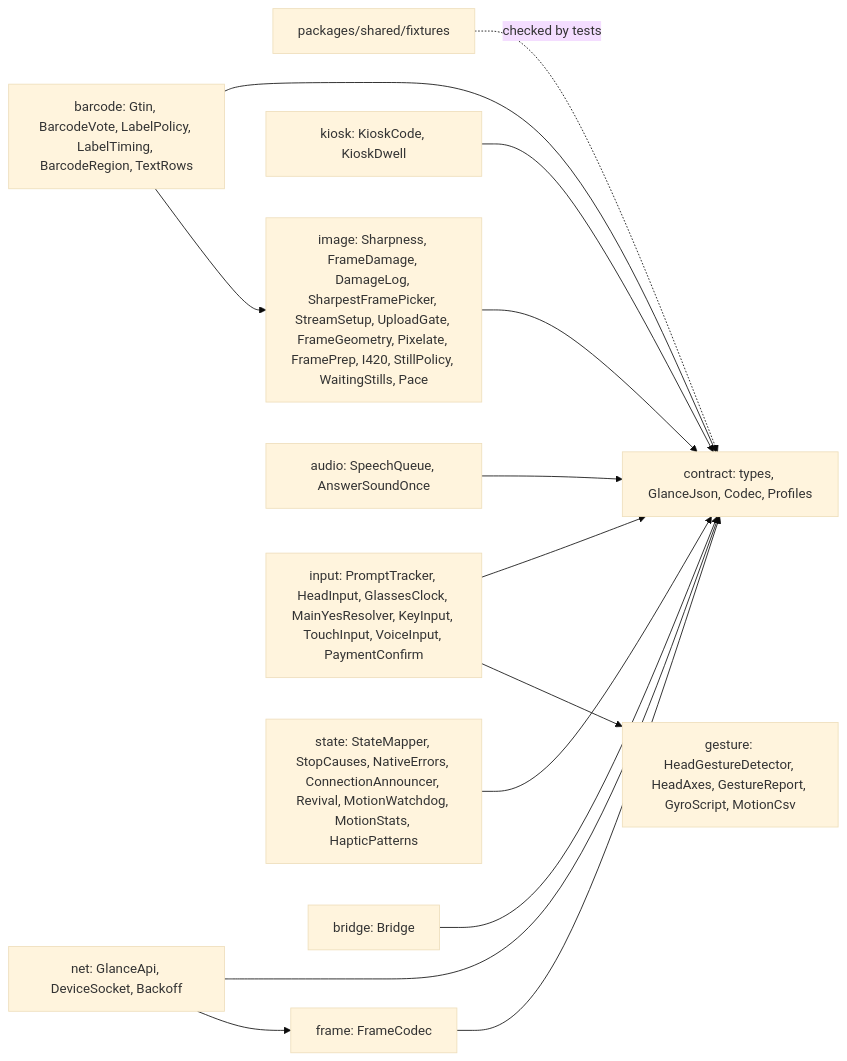
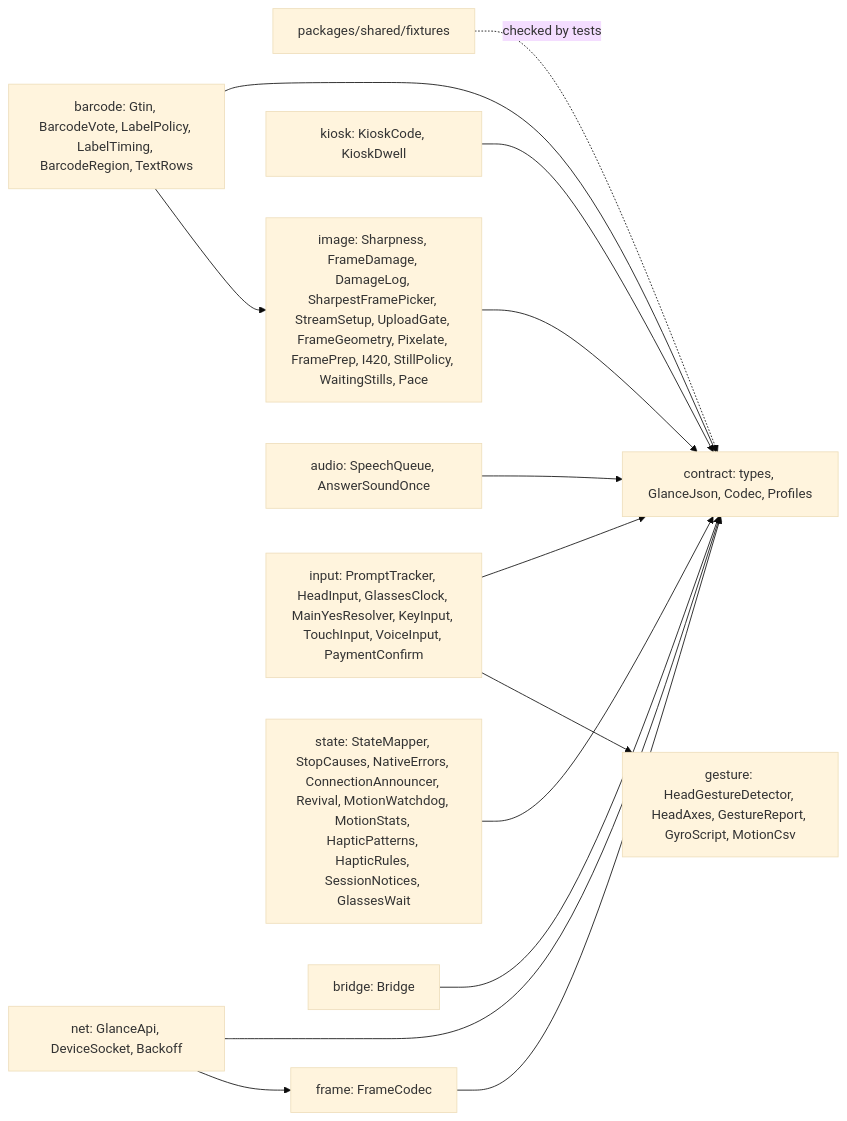
The seventh of 8 diagrams in apps/mobile/android/README.md (mrBymax/glance), drawn with Mermaid (base theme) before and after one commit. The commit also changed other lines of this file and 6 other files, not shown here.

````diff
--- a/apps/mobile/android/README.md
+++ b/apps/mobile/android/README.md
@@ -711,18 +768,18 @@
 ```mermaid
 flowchart LR
     Fixtures[packages/shared/fixtures] -. checked by tests .-> Contract
     Contract[contract: types, GlanceJson, Codec, Profiles]
     Frame[frame: FrameCodec] --> Contract
     Kiosk[kiosk: KioskCode, KioskDwell] --> Contract
     Barcode[barcode: Gtin, BarcodeVote, LabelPolicy, LabelTiming, BarcodeRegion, TextRows] --> Contract
     Image[image: Sharpness, FrameDamage, DamageLog, SharpestFramePicker, StreamSetup, UploadGate, FrameGeometry, Pixelate, FramePrep, I420, StillPolicy, WaitingStills, Pace] --> Contract
     Barcode --> Image
     Gesture[gesture: HeadGestureDetector, HeadAxes, GestureReport, GyroScript, MotionCsv]
     Audio[audio: SpeechQueue, AnswerSoundOnce] --> Contract
     Input[input: PromptTracker, HeadInput, GlassesClock, MainYesResolver, KeyInput, TouchInput, VoiceInput, PaymentConfirm] --> Contract
     Input --> Gesture
-    State[state: StateMapper, StopCauses, NativeErrors, ConnectionAnnouncer, Revival, MotionWatchdog, MotionStats, HapticPatterns] --> Contract
+    State[state: StateMapper, StopCauses, NativeErrors, ConnectionAnnouncer, Revival, MotionWatchdog, MotionStats, HapticPatterns, HapticRules, SessionNotices, GlassesWait] --> Contract
     Net[net: GlanceApi, DeviceSocket, Backoff] --> Contract
     Net --> Frame
     BridgeText[bridge: Bridge] --> Contract
 ```
````
